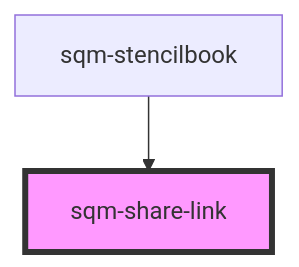
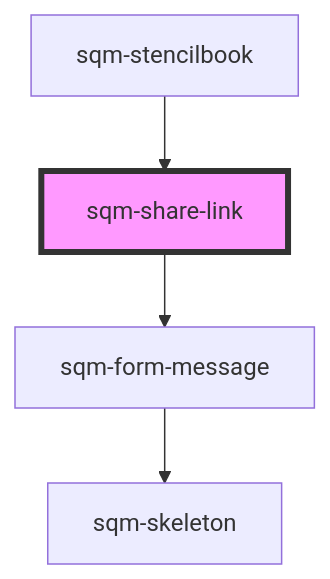
Before and after one commit to saasquatch/program-tools: the diagram in packages/mint-components/src/components/sqm-share-link/readme.md, drawn with Mermaid. The commit also changed other lines of this file and 4 other files, not shown here.

````diff
--- a/packages/mint-components/src/components/sqm-share-link/readme.md
+++ b/packages/mint-components/src/components/sqm-share-link/readme.md
@@ -31,5 +50,7 @@
 ```mermaid
 graph TD;
+  sqm-share-link --> sqm-form-message
+  sqm-form-message --> sqm-skeleton
   sqm-stencilbook --> sqm-share-link
   style sqm-share-link fill:#f9f,stroke:#333,stroke-width:4px
 ```
````
